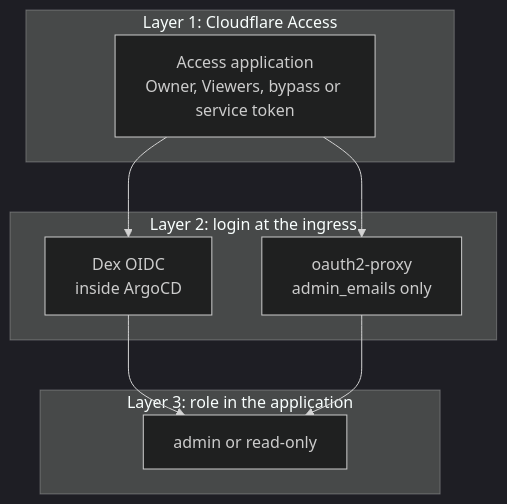
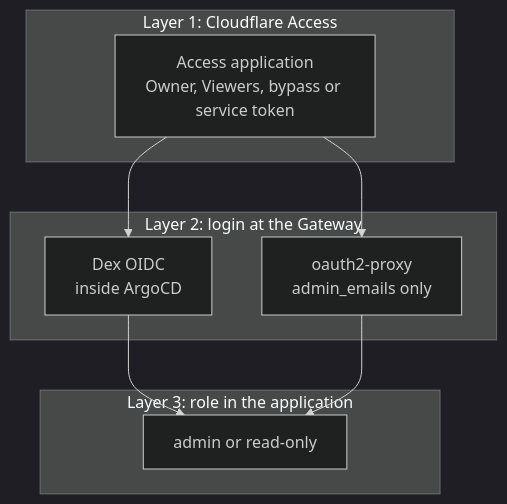
The first of 6 diagrams in docs/explanations/architecture/authentication.md (gilesknap/tpi-k3s-ansible), drawn with Mermaid (dark theme) before and after one commit. The commit also changed other lines of this file and 32 other files, not shown here.

First line of the commit message:
Docs: ingress-nginx is gone, the Gateway serves everything

````diff
--- a/docs/explanations/architecture/authentication.md
+++ b/docs/explanations/architecture/authentication.md
@@ -12,20 +12,20 @@
 ```mermaid
 flowchart TB
     subgraph L1["Layer 1: Cloudflare Access"]
         CF["Access application<br/>Owner, Viewers, bypass or service token"]
     end
 
-    subgraph L2["Layer 2: login at the ingress"]
+    subgraph L2["Layer 2: login at the Gateway"]
         DEX["Dex OIDC<br/>inside ArgoCD"]
         OAP["oauth2-proxy<br/>admin_emails only"]
     end
 
     subgraph L3["Layer 3: role in the application"]
         RBAC["admin or read-only"]
     end
 
     CF --> DEX
     CF --> OAP
     DEX --> RBAC
     OAP --> RBAC
 ```
````
